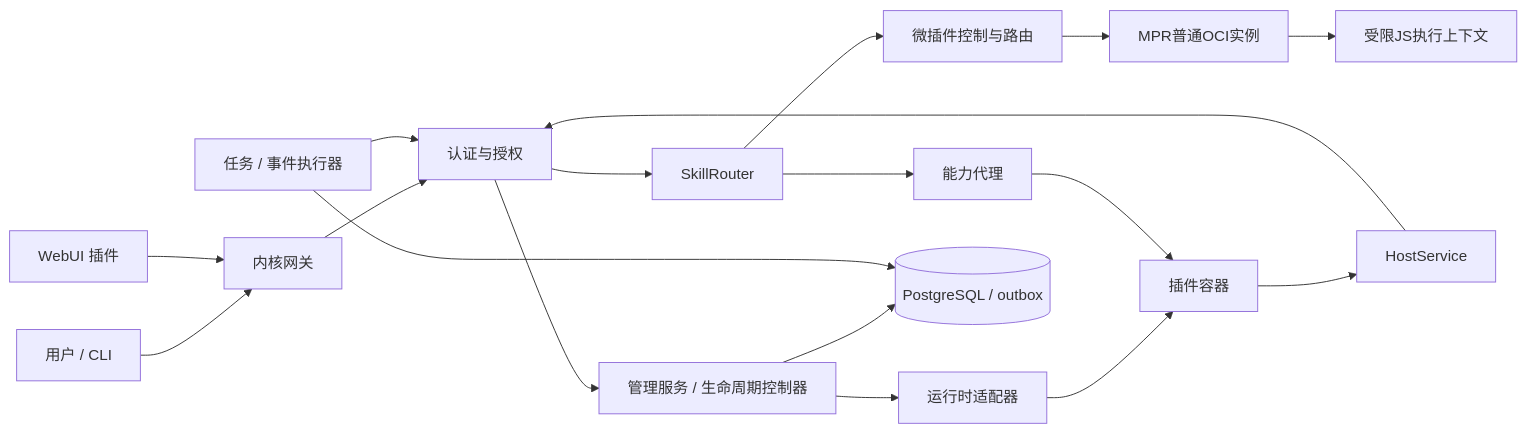
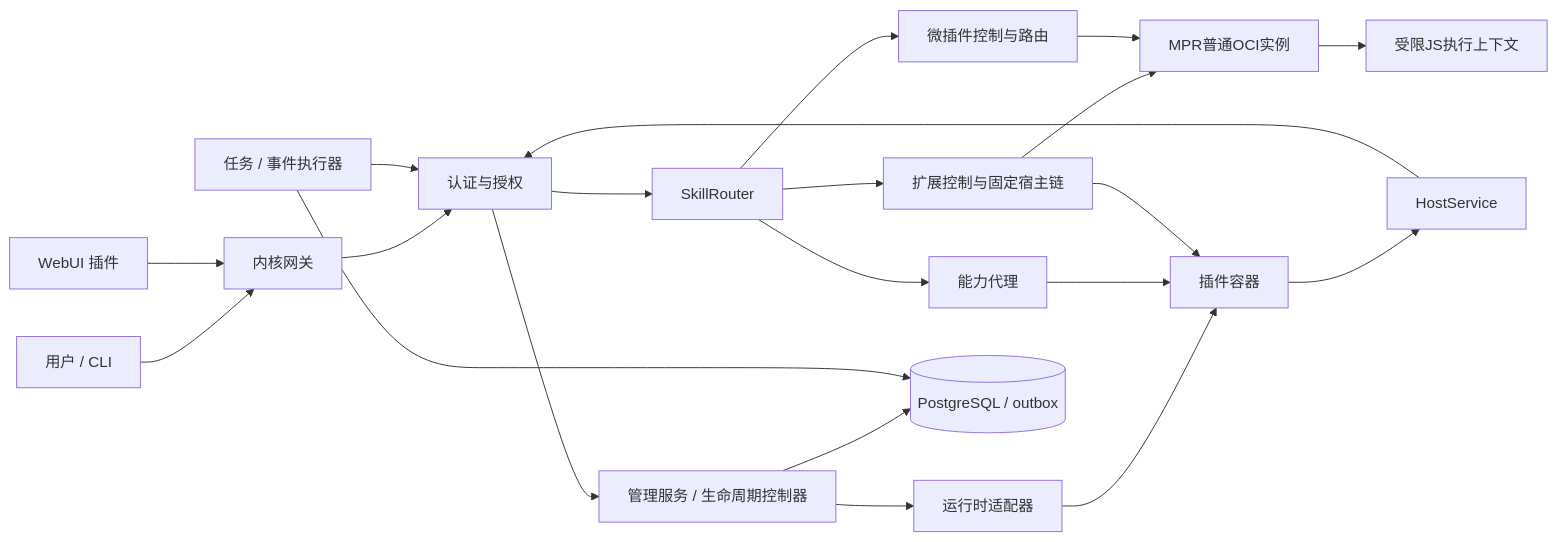
The diagram in docs/architecture/components.md (jyxxe/XeLab), drawn with Mermaid before and after one commit. The commit also changed other lines of this file and 477 other files, not shown here.

````diff
--- a/docs/architecture/components.md
+++ b/docs/architecture/components.md
@@ -9,20 +9,23 @@
 ```mermaid
 flowchart LR
   U[用户 / CLI] --> G[内核网关]
   W[WebUI 插件] --> G
   G --> A[认证与授权]
   A --> M[管理服务 / 生命周期控制器]
   A --> S[SkillRouter]
   S --> C[能力代理]
   M --> R[运行时适配器]
   R --> P[插件容器]
   C --> P
   S --> MC[微插件控制与路由]
+  S --> EC[扩展控制与固定宿主链]
+  EC --> P
+  EC --> MR
   MC --> MR[MPR普通OCI实例]
   MR --> JS[受限JS执行上下文]
   P --> H[HostService]
   H --> A
   M --> D[(PostgreSQL / outbox)]
   T[任务 / 事件执行器] --> A
   T --> D
 ```
````
